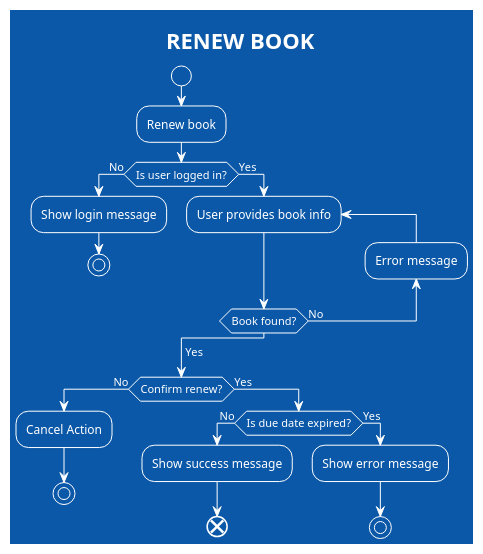
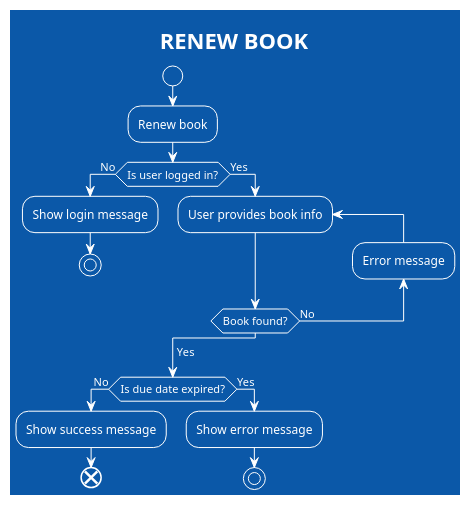
One commit to Gabe-Alvess/LibraryAppDiagrams changed the fifth of 7 diagrams in flowcharts/flowchart-diagrams.md. Above: the diagram before and after it, drawn with PlantUML. The commit also changed other lines of this file and 2 other files, not shown here.

````diff
--- a/flowcharts/flowchart-diagrams.md
+++ b/flowcharts/flowchart-diagrams.md
@@ -126,34 +125,29 @@
 ```plantuml
 
 @startuml
 
 !theme amiga
 title RENEW BOOK
 
 start
 :Renew book;
 if (Is user logged in?) then (No)
     :Show login message;
     stop
 else (Yes)
     repeat:User provides book info;
     backward:Error message;
     repeat while (Book found?) is (No)
 endif
 ->Yes;
-if (Confirm renew?) then (No)
-    :Cancel Action;
+if (Is due date expired?) then (No)
+    :Show success message;
+    end
+else (Yes)
+    :Show error message;
     stop
-else (Yes)
-    if (Is due date expired?) then (No)
-        :Show success message;
-        end
-    else (Yes)
-        :Show error message;
-        stop
-    endif
 endif
 
 @enduml
 
 ```
````
